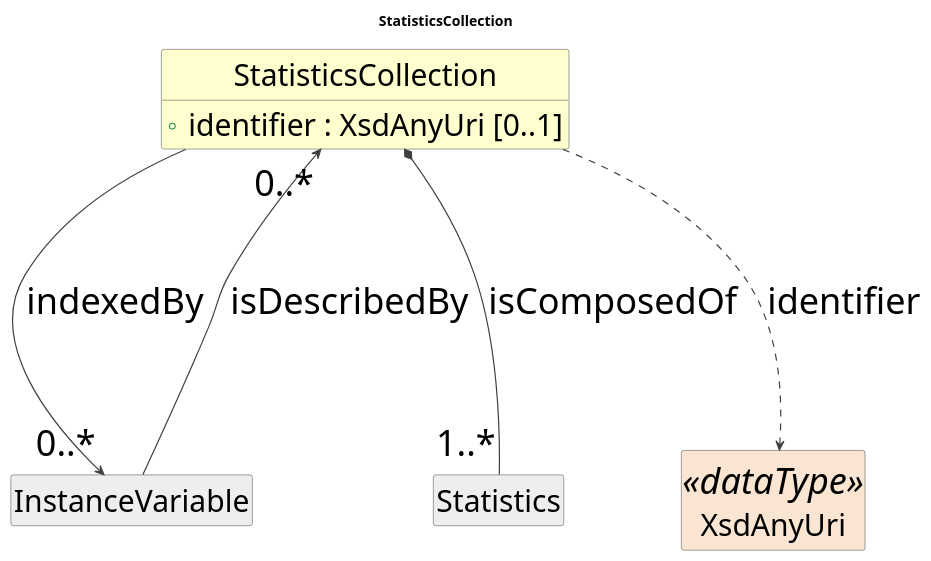
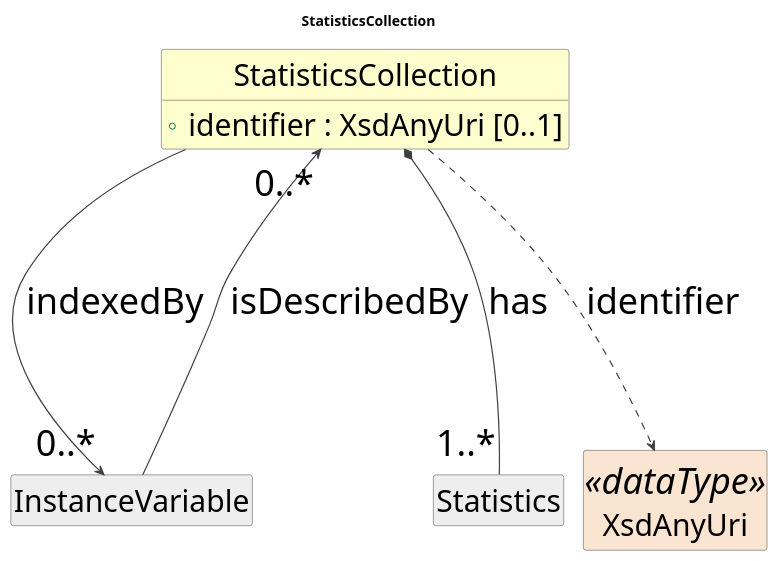
Before and after one commit to Cross-Domain-Interoperability-Framework/metadataBuildingBlocks: the diagram in cdif-uml-model/DiscoveryDataDescriptionStructure/Classes/StatisticsCollection.pu, drawn with PlantUML. The commit also changed 333 other files, not shown here.

First line of the commit message:
Regenerate cdif-uml-model browser with augmenter fallback + fresh SVGs

```diff
--- a/cdif-uml-model/DiscoveryDataDescriptionStructure/Classes/StatisticsCollection.pu
+++ b/cdif-uml-model/DiscoveryDataDescriptionStructure/Classes/StatisticsCollection.pu
@@ -1,28 +1,28 @@
 @startuml
 title StatisticsCollection
 hide circle
 hide empty members
 skinparam shadowing false
 skinparam ArrowThickness 1.2
 skinparam ranksep 250
 skinparam nodesep 20
 skinparam defaultFontSize 36
 skinparam class {
   ArrowColor #404040
   BorderColor #404040
   FontSize 36
   AttributeFontSize 30
 }
 
 class "StatisticsCollection" as StatisticsCollection #FEFECE {
   +identifier : XsdAnyUri [0..1]
 }
 class "InstanceVariable" as InstanceVariable #EEEEEE
 InstanceVariable --> "0..*" StatisticsCollection : isDescribedBy
 class "Statistics" as Statistics #EEEEEE
-StatisticsCollection *-- "1..*" Statistics : isComposedOf
+StatisticsCollection *-- "1..*" Statistics : has
 StatisticsCollection --> "0..*" InstanceVariable : indexedBy
 class "XsdAnyUri" as XsdAnyUri <<dataType>> #FAE5D3
 StatisticsCollection ..> XsdAnyUri : identifier
 
 @enduml
```
